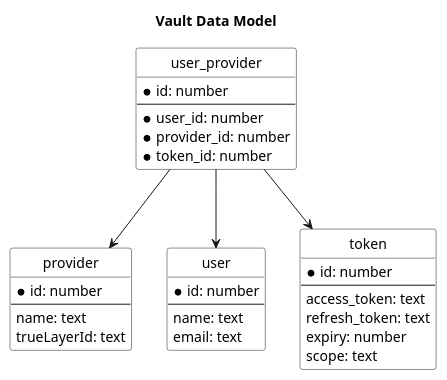
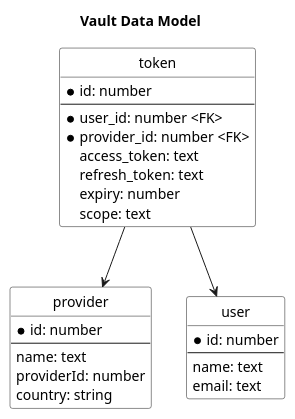
One commit to nsartechltd/vault-api changed the diagram in docs/data-model.puml. Above: the diagram before and after it, drawn with PlantUML. The commit also changed 16 other files, not shown here.

Commit message:
db schema finalised; assign provider to user

```diff
--- a/docs/data-model.puml
+++ b/docs/data-model.puml
@@ -1,44 +1,37 @@
 @startuml
 title Vault Data Model
 hide circle
 
 skinparam class {
   backgroundColor #white
 }
 
 entity "provider" {
   *id: number
   --
   name: text
-  trueLayerId: text
+  providerId: number
+  country: string
 }
 
 entity "user" {
   *id: number
   --
   name: text
   email: text
 }
 
 entity "token" {
   *id: number
   --
+  *user_id: number <FK>
+  *provider_id: number <FK>
   access_token: text
   refresh_token: text
   expiry: number
   scope: text
 }
-
-entity "user_provider" {
-  *id: number
-  --
-  *user_id: number
-  *provider_id: number
-  *token_id: number
-}
-
-user_provider --> user
-user_provider --> provider
-user_provider --> token
+token --> user
+token --> provider
 
 @enduml
```
